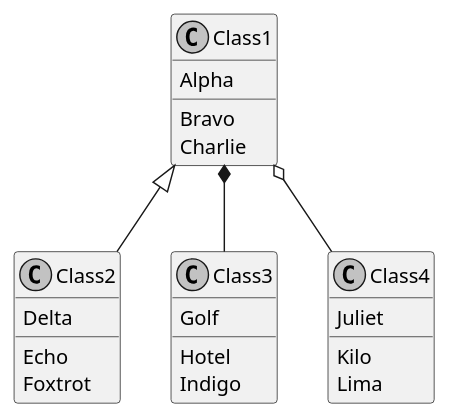
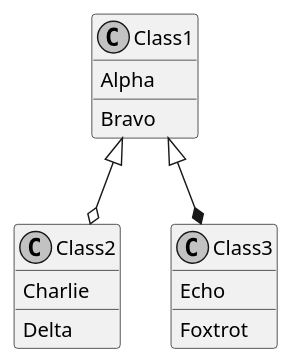
The sixth of 23 diagrams in README.md (joelparkerhenderson/plantuml-examples), drawn with PlantUML before and after one commit. The commit also changed other lines of this file and 3 other files, not shown here.

Commit message:
Add diagrams through ASCII art

````diff
--- a/README.md
+++ b/README.md
@@ -140,28 +136,26 @@
 ```plantuml
 @startuml
 skinparam monochrome true
+
+' If you want to hide the "C" circle, then uncomment this line:
+' hide circle
+
 class Class1 {
   {field} Alpha
   {method} Bravo
-  {method} Charlie
 }
+
 class Class2 {
-  {field} Delta
-  {method} Echo
+  {field} Charlie
+  {method} Delta
+}
+
+class Class3 {
+  {field} Echo
   {method} Foxtrot
 }
-class Class3 {
-  {field} Golf
-  {method} Hotel
-  {method} Indigo
-}
-class Class4 {
-  {field} Juliet
-  {method} Kilo
-  {method} Lima
-}
-Class1 <|-- Class2
-Class1 *-- Class3
-Class1 o-- Class4
+
+Class1 <|--o Class2
+Class1 <|--* Class3
 @enduml
 ```
````
